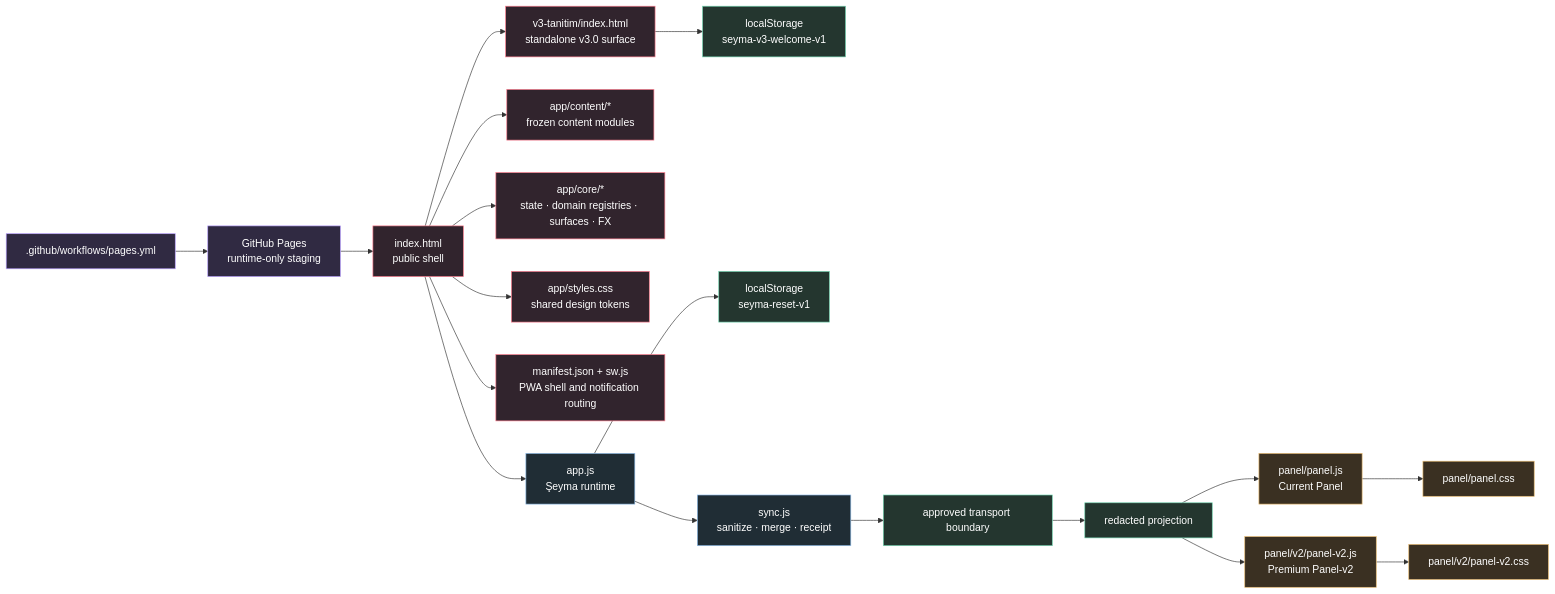
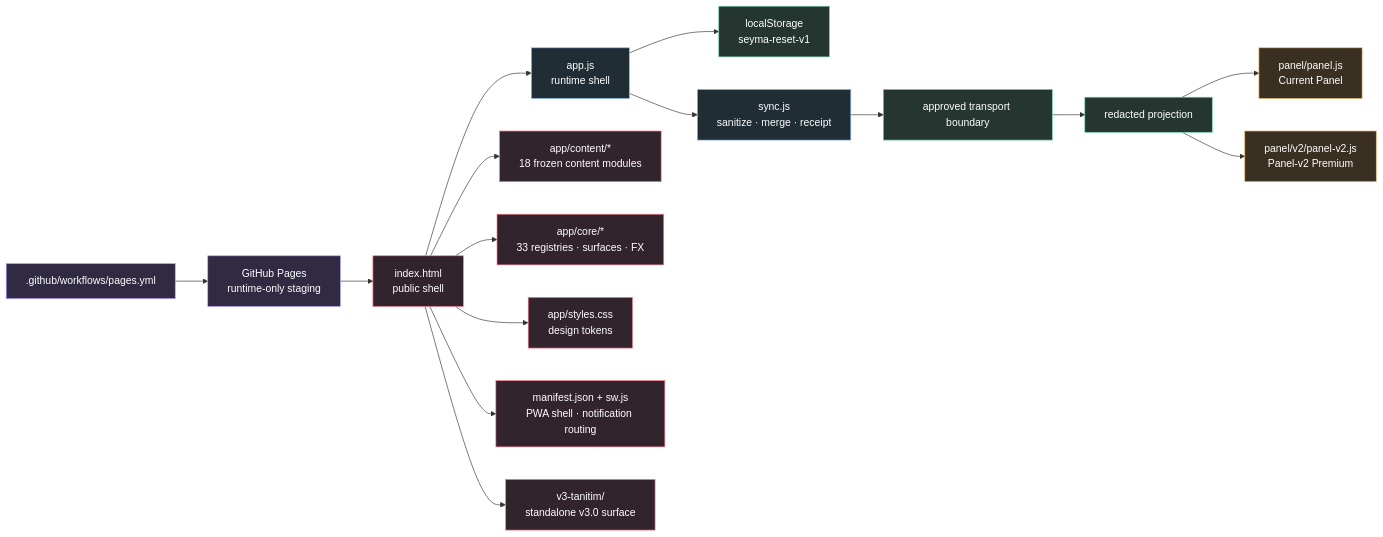
One commit to mustafaras/s changed the first of 7 diagrams in README.md. Above: the diagram before and after it, drawn with Mermaid. The commit also changed other lines of this file and 6 other files, not shown here.

````diff
--- a/README.md
+++ b/README.md
@@ -409,31 +175,28 @@
 ```mermaid
 flowchart LR
-    HTML["index.html<br/>public shell"] --> APP["app.js<br/>Şeyma runtime"]
-    HTML --> CONTENT["app/content/*<br/>frozen content modules"]
-    HTML --> CORE["app/core/*<br/>state · domain registries · surfaces · FX"]
-    HTML --> STYLE["app/styles.css<br/>shared design tokens"]
-    HTML --> PWA["manifest.json + sw.js<br/>PWA shell and notification routing"]
-    HTML --> V3["v3-tanitim/index.html<br/>standalone v3.0 surface"]
-    V3 --> V3STORE["localStorage<br/>seyma-v3-welcome-v1"]
+    HTML["index.html<br/>public shell"] --> APP["app.js<br/>runtime shell"]
+    HTML --> CONTENT["app/content/*<br/>18 frozen content modules"]
+    HTML --> CORE["app/core/*<br/>33 registries · surfaces · FX"]
+    HTML --> STYLE["app/styles.css<br/>design tokens"]
+    HTML --> PWA["manifest.json + sw.js<br/>PWA shell · notification routing"]
+    HTML --> V3["v3-tanitim/<br/>standalone v3.0 surface"]
     APP --> STORE["localStorage<br/>seyma-reset-v1"]
     APP --> SYNC["sync.js<br/>sanitize · merge · receipt"]
     SYNC --> REMOTE["approved transport boundary"]
     REMOTE --> PROJ["redacted projection"]
     PROJ --> PANEL["panel/panel.js<br/>Current Panel"]
-    PROJ --> V2["panel/v2/panel-v2.js<br/>Premium Panel-v2"]
-    PANEL --> CSS1["panel/panel.css"]
-    V2 --> CSS2["panel/v2/panel-v2.css"]
+    PROJ --> V2["panel/v2/panel-v2.js<br/>Panel-v2 Premium"]
     CI[".github/workflows/pages.yml"] --> SITE["GitHub Pages<br/>runtime-only staging"]
     SITE --> HTML
 
     classDef shell fill:#31242d,stroke:#ff7c8d,color:#fff;
     classDef runtime fill:#202d35,stroke:#8fbce9,color:#fff;
     classDef storage fill:#24362f,stroke:#73d6b2,color:#fff;
     classDef observer fill:#3a3022,stroke:#e9bb70,color:#fff;
     classDef delivery fill:#302a42,stroke:#b9a0ff,color:#fff;
     class HTML,CONTENT,CORE,STYLE,PWA,V3 shell;
     class APP,SYNC runtime;
-    class STORE,V3STORE,REMOTE,PROJ storage;
-    class PANEL,V2,CSS1,CSS2 observer;
+    class STORE,REMOTE,PROJ storage;
+    class PANEL,V2 observer;
     class CI,SITE delivery;
 ```
````
